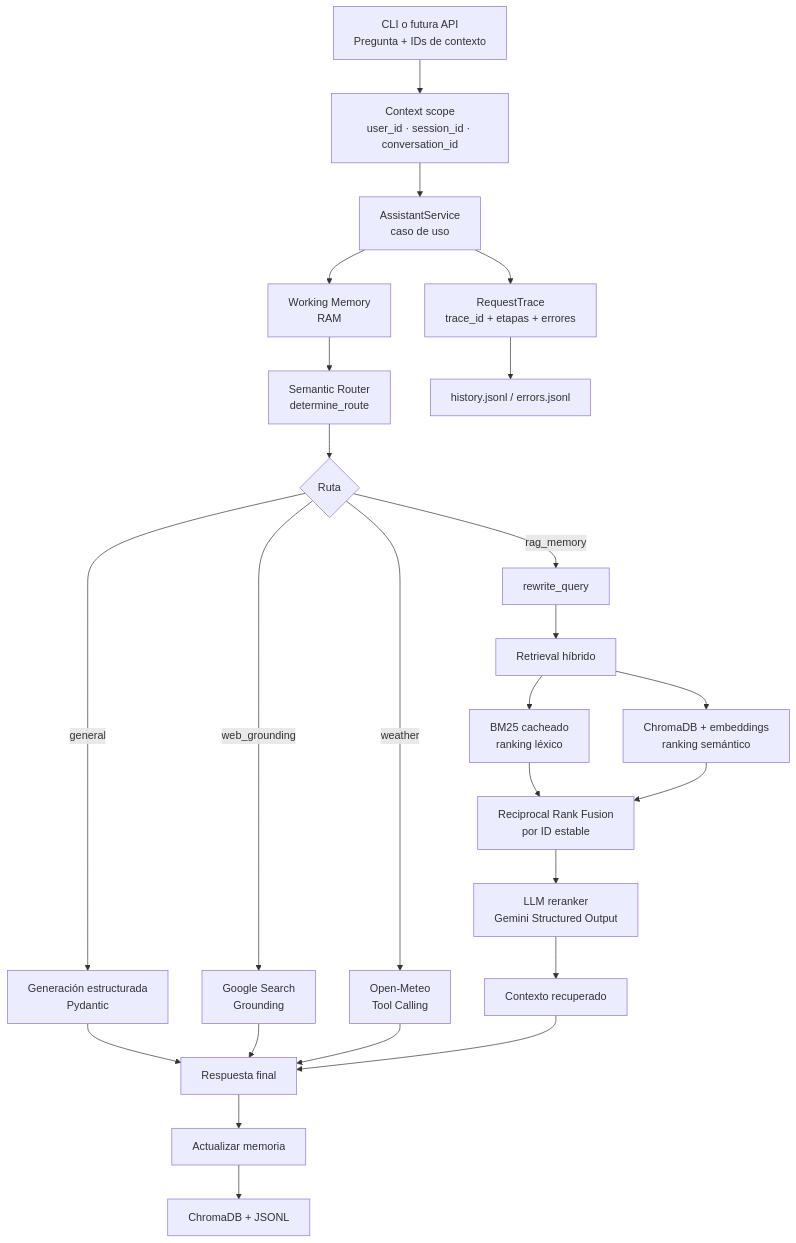
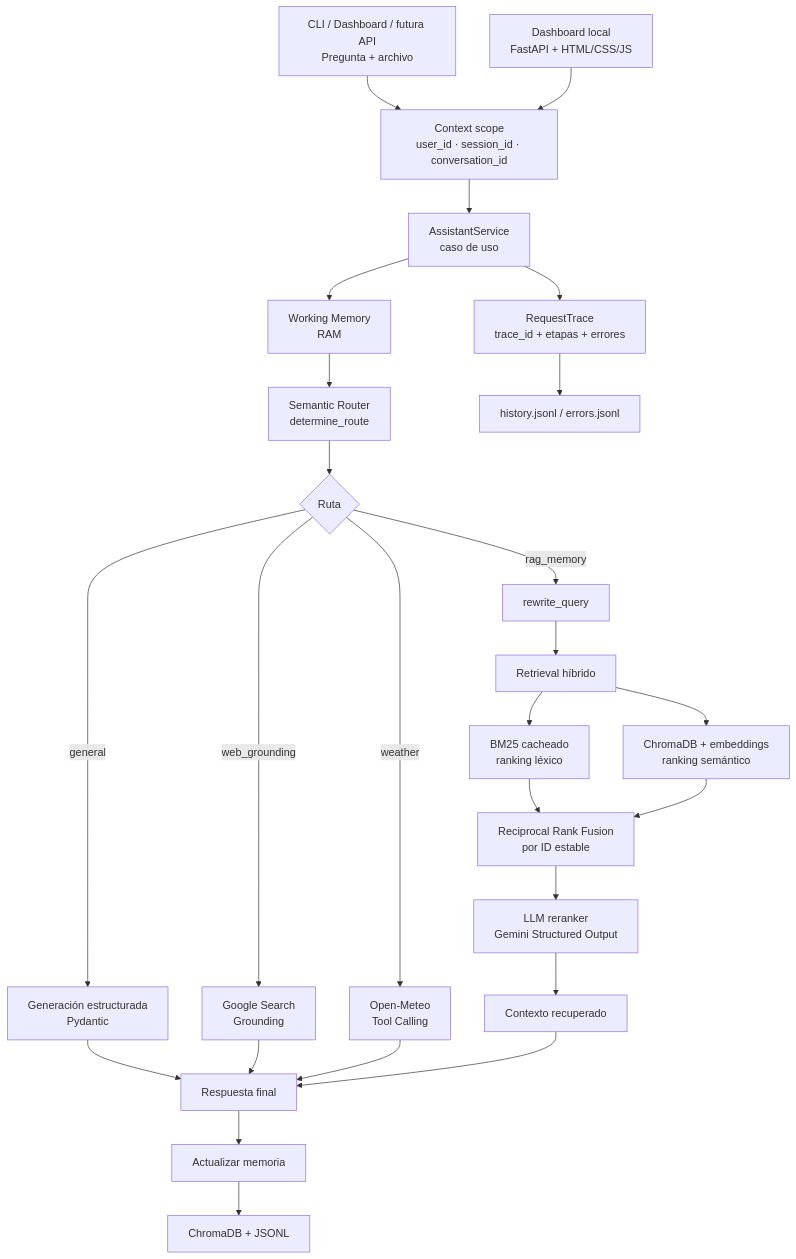
The first of 2 diagrams in docs/architecture.md (misikss/llm-cli), drawn with Mermaid before and after one commit. The commit also changed 9 other files, not shown here.

Commit message:
Add local multimodal observability dashboard

````diff
--- a/docs/architecture.md
+++ b/docs/architecture.md
@@ -5,30 +5,32 @@
 ```mermaid
 flowchart TD
-    UserQuery["CLI o futura API<br/>Pregunta + IDs de contexto"] --> Context["Context scope<br/>user_id · session_id · conversation_id"]
+    UserQuery["CLI / Dashboard / futura API<br/>Pregunta + archivo"] --> Context["Context scope<br/>user_id · session_id · conversation_id"]
     Context --> Service["AssistantService<br/>caso de uso"]
     Service --> WorkingMemory["Working Memory<br/>RAM"]
     WorkingMemory --> Router["Semantic Router<br/>determine_route"]
     Router --> Decision{"Ruta"}
 
     Decision -->|general| Direct["Generación estructurada<br/>Pydantic"]
     Decision -->|web_grounding| Grounding["Google Search<br/>Grounding"]
     Decision -->|weather| Weather["Open-Meteo<br/>Tool Calling"]
     Decision -->|rag_memory| QueryEngineering["rewrite_query"]
 
     QueryEngineering --> Retrieval["Retrieval híbrido"]
     Retrieval --> BM25["BM25 cacheado<br/>ranking léxico"]
     Retrieval --> Vector["ChromaDB + embeddings<br/>ranking semántico"]
     BM25 --> RRF["Reciprocal Rank Fusion<br/>por ID estable"]
     Vector --> RRF
     RRF --> Reranker["LLM reranker<br/>Gemini Structured Output"]
     Reranker --> Final["Contexto recuperado"]
 
     Direct --> Answer["Respuesta final"]
     Grounding --> Answer
     Weather --> Answer
     Final --> Answer
     Answer --> Update["Actualizar memoria"]
     Update --> Persist["ChromaDB + JSONL"]
     Service --> Trace["RequestTrace<br/>trace_id + etapas + errores"]
     Trace --> History["history.jsonl / errors.jsonl"]
+
+    Dashboard["Dashboard local<br/>FastAPI + HTML/CSS/JS"] --> Context
 ```
````
